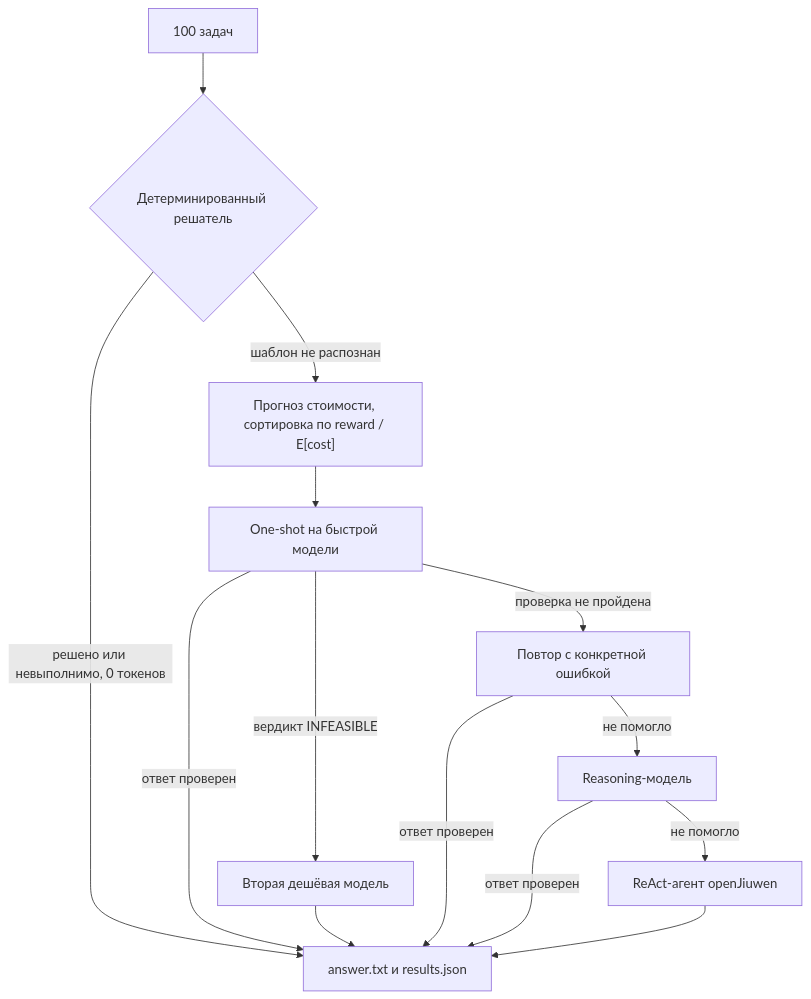
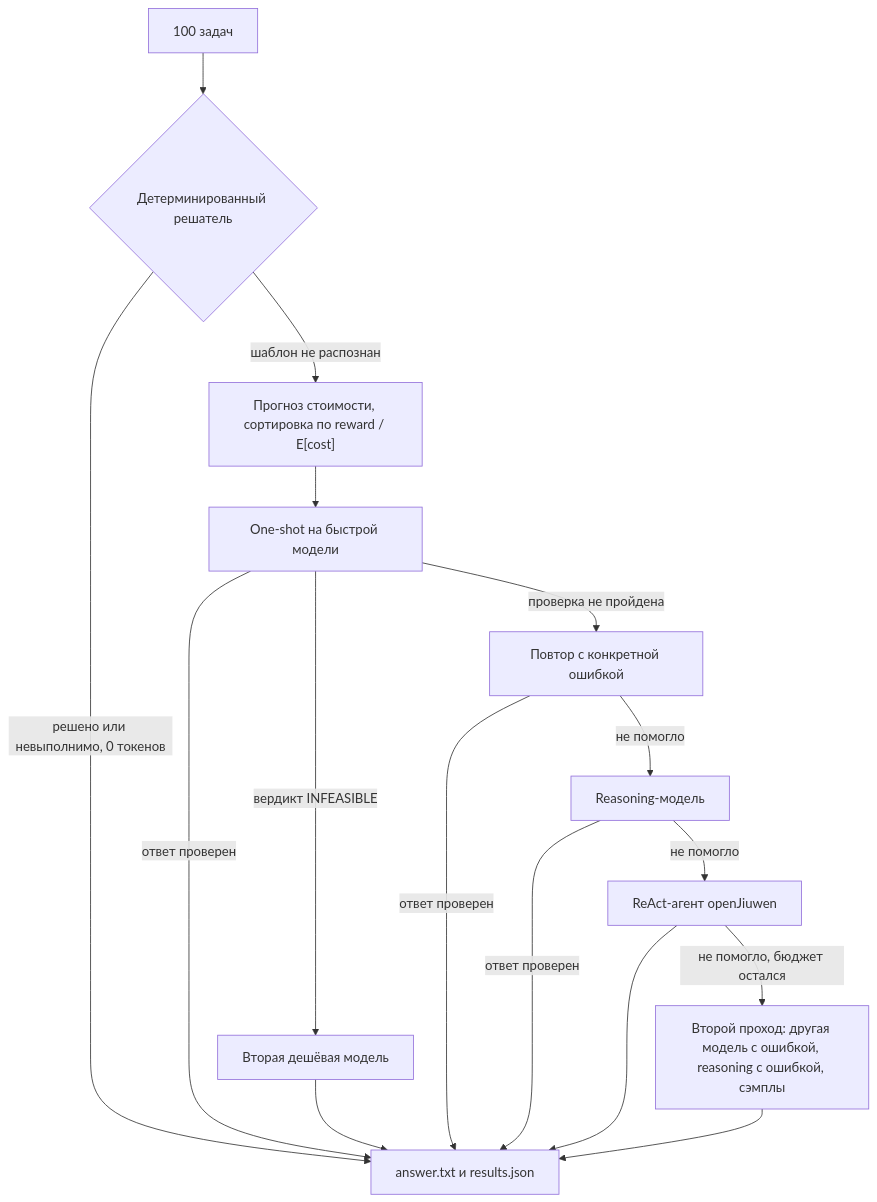
The diagram in README.md (Infibiss/open-jiuwen), drawn with Mermaid before and after one commit. The commit also changed other lines of this file and 7 other files, not shown here.

````diff
--- a/README.md
+++ b/README.md
@@ -109,16 +112,18 @@
 ```mermaid
 flowchart TD
     A["100 задач"] --> B{"Детерминированный решатель"}
     B -->|"решено или невыполнимо, 0 токенов"| Z["answer.txt и results.json"]
     B -->|"шаблон не распознан"| C["Прогноз стоимости, сортировка по reward / E[cost]"]
     C --> D["One-shot на быстрой модели"]
     D -->|"ответ проверен"| Z
     D -->|"вердикт INFEASIBLE"| F["Вторая дешёвая модель"]
     D -->|"проверка не пройдена"| E["Повтор с конкретной ошибкой"]
     F --> Z
     E -->|"ответ проверен"| Z
     E -->|"не помогло"| G["Reasoning-модель"]
     G -->|"ответ проверен"| Z
     G -->|"не помогло"| H["ReAct-агент openJiuwen"]
     H --> Z
+    H -->|"не помогло, бюджет остался"| R["Второй проход: другая модель с ошибкой, reasoning с ошибкой, сэмплы"]
+    R --> Z
 ```
````
